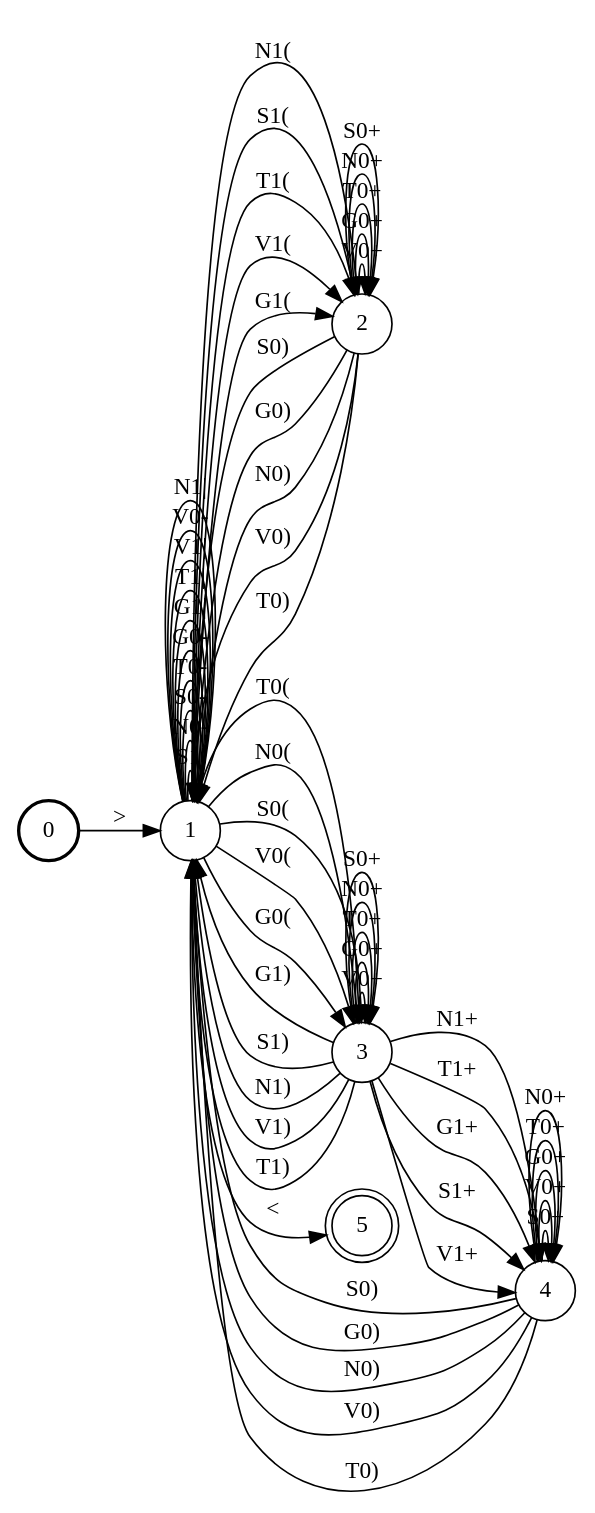
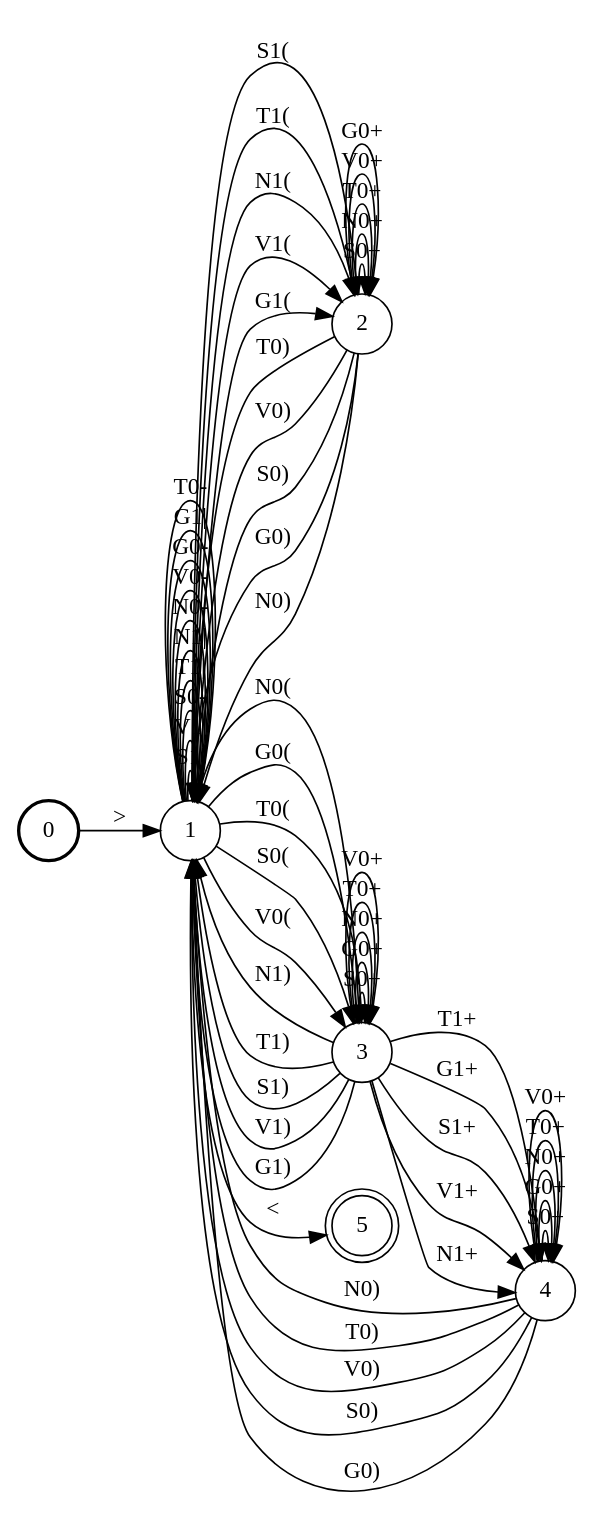
Before and after one commit to colincwilson/statgram: the diagram in demo/nasal_spreading/Tier_nasal.dot, drawn with Graphviz. The commit also changed other lines of this file and 9 other files, not shown here.

```diff
--- a/demo/nasal_spreading/Tier_nasal.dot
+++ b/demo/nasal_spreading/Tier_nasal.dot
@@ -1,67 +1,67 @@
 digraph G {
 rankdir=LR;
 node [shape=circle]
 0 [style=bold label="0"]
 1 [label="1"]
 2 [label="2"]
 3 [label="3"]
 4 [label="4"]
 5 [shape=doublecircle label="5"]
+1 -> 1 [label="S1|"]
+4 -> 1 [label="N0)"]
+1 -> 2 [label="S1("]
+1 -> 1 [label="V1|"]
+1 -> 2 [label="T1("]
+1 -> 3 [label="N0("]
+2 -> 1 [label="T0)"]
+2 -> 1 [label="V0)"]
+4 -> 1 [label="T0)"]
+4 -> 1 [label="V0)"]
+2 -> 1 [label="S0)"]
+2 -> 2 [label="S0+"]
+4 -> 1 [label="S0)"]
+3 -> 3 [label="S0+"]
+1 -> 1 [label="S0-"]
+3 -> 1 [label="N1)"]
+4 -> 4 [label="S0+"]
+1 -> 2 [label="N1("]
+1 -> 3 [label="G0("]
+1 -> 2 [label="V1("]
+3 -> 4 [label="T1+"]
+1 -> 1 [label="T1|"]
+1 -> 1 [label="N1|"]
+1 -> 2 [label="G1("]
+1 -> 1 [label="N0-"]
+3 -> 1 [label="T1)"]
+3 -> 1 [label="S1)"]
+2 -> 1 [label="G0)"]
+4 -> 1 [label="G0)"]
+1 -> 5 [label="<"]
+3 -> 4 [label="G1+"]
+0 -> 1 [label=">"]
+3 -> 1 [label="V1)"]
+1 -> 1 [label="V0-"]
+3 -> 4 [label="S1+"]
+1 -> 1 [label="G0-"]
+2 -> 2 [label="N0+"]
+3 -> 3 [label="G0+"]
+3 -> 3 [label="N0+"]
+4 -> 4 [label="G0+"]
+4 -> 4 [label="N0+"]
+2 -> 2 [label="T0+"]
 1 -> 3 [label="T0("]
-1 -> 1 [label="S1|"]
-4 -> 4 [label="S0+"]
-2 -> 1 [label="S0)"]
-4 -> 1 [label="S0)"]
+3 -> 3 [label="T0+"]
+2 -> 2 [label="V0+"]
+2 -> 2 [label="G0+"]
+3 -> 3 [label="V0+"]
+4 -> 4 [label="T0+"]
+4 -> 4 [label="V0+"]
+3 -> 4 [label="V1+"]
 3 -> 4 [label="N1+"]
-3 -> 4 [label="T1+"]
-1 -> 1 [label="N0-"]
-2 -> 2 [label="V0+"]
-1 -> 5 [label="<"]
-3 -> 3 [label="V0+"]
-0 -> 1 [label=">"]
-4 -> 4 [label="V0+"]
-1 -> 2 [label="N1("]
+1 -> 1 [label="G1|"]
 3 -> 1 [label="G1)"]
-1 -> 2 [label="S1("]
-3 -> 4 [label="G1+"]
-3 -> 3 [label="G0+"]
-1 -> 1 [label="S0-"]
-4 -> 4 [label="G0+"]
-1 -> 3 [label="N0("]
-2 -> 1 [label="G0)"]
 1 -> 3 [label="S0("]
-4 -> 1 [label="G0)"]
-3 -> 4 [label="S1+"]
-2 -> 2 [label="G0+"]
-2 -> 2 [label="T0+"]
-2 -> 2 [label="N0+"]
-3 -> 3 [label="T0+"]
-2 -> 2 [label="S0+"]
-3 -> 3 [label="N0+"]
-4 -> 4 [label="T0+"]
-4 -> 4 [label="N0+"]
-2 -> 1 [label="N0)"]
-1 -> 2 [label="T1("]
-4 -> 1 [label="N0)"]
 1 -> 3 [label="V0("]
 1 -> 1 [label="T0-"]
-1 -> 1 [label="G0-"]
-3 -> 1 [label="S1)"]
-3 -> 3 [label="S0+"]
-1 -> 1 [label="G1|"]
-2 -> 1 [label="V0)"]
-1 -> 2 [label="V1("]
-4 -> 1 [label="V0)"]
-3 -> 1 [label="N1)"]
-1 -> 1 [label="T1|"]
-1 -> 1 [label="V1|"]
-2 -> 1 [label="T0)"]
-3 -> 4 [label="V1+"]
-4 -> 1 [label="T0)"]
-3 -> 1 [label="V1)"]
-1 -> 1 [label="V0-"]
-1 -> 3 [label="G0("]
-3 -> 1 [label="T1)"]
-1 -> 2 [label="G1("]
-1 -> 1 [label="N1|"]
+2 -> 1 [label="N0)"]
 }
```
